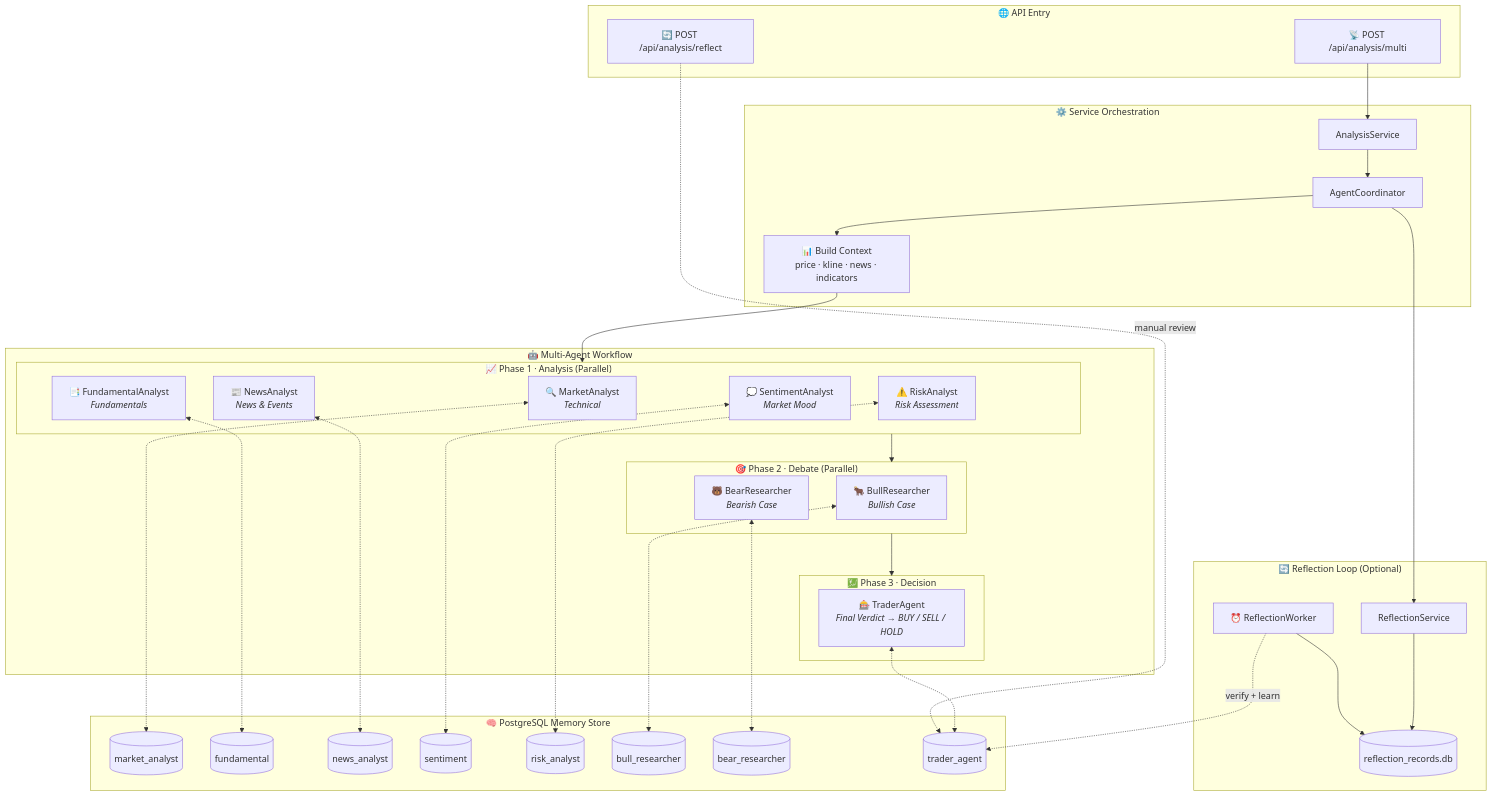
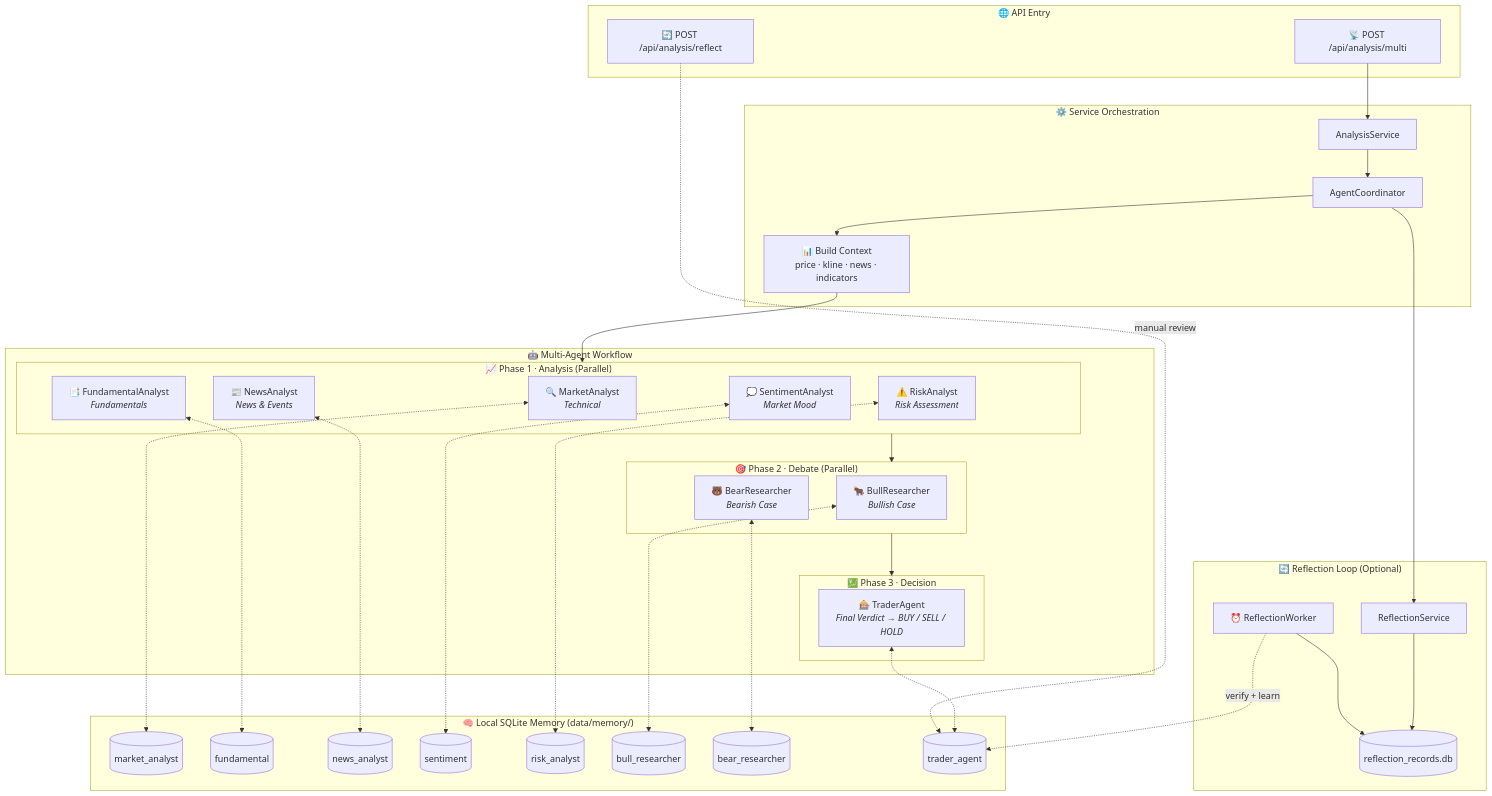
Before and after one commit to JPChen2000/QuantDinger: the diagram in README.md, drawn with Mermaid. The commit also changed other lines of this file and 86 other files, not shown here.

````diff
--- a/README.md
+++ b/README.md
@@ -200,76 +266,76 @@
 ```mermaid
 flowchart TB
     %% ===== 🌐 Entry Layer =====
     subgraph Entry["🌐 API Entry"]
         A["📡 POST /api/analysis/multi"]
         A2["🔄 POST /api/analysis/reflect"]
     end
 
     %% ===== ⚙️ Service Layer =====
     subgraph Service["⚙️ Service Orchestration"]
         B[AnalysisService]
         C[AgentCoordinator]
         D["📊 Build Context<br/>price · kline · news · indicators"]
     end
 
     %% ===== 🤖 Multi-Agent Workflow =====
     subgraph Agents["🤖 Multi-Agent Workflow"]
 
         subgraph P1["📈 Phase 1 · Analysis (Parallel)"]
             E1["🔍 MarketAnalyst<br/><i>Technical</i>"]
             E2["📑 FundamentalAnalyst<br/><i>Fundamentals</i>"]
             E3["📰 NewsAnalyst<br/><i>News & Events</i>"]
             E4["💭 SentimentAnalyst<br/><i>Market Mood</i>"]
             E5["⚠️ RiskAnalyst<br/><i>Risk Assessment</i>"]
         end
 
         subgraph P2["🎯 Phase 2 · Debate (Parallel)"]
             F1["🐂 BullResearcher<br/><i>Bullish Case</i>"]
             F2["🐻 BearResearcher<br/><i>Bearish Case</i>"]
         end
 
         subgraph P3["💹 Phase 3 · Decision"]
             G["🎰 TraderAgent<br/><i>Final Verdict → BUY / SELL / HOLD</i>"]
         end
 
     end
 
     %% ===== 🧠 Memory Layer =====
-    subgraph Memory["🧠 PostgreSQL Memory Store"]
+    subgraph Memory["🧠 Local SQLite Memory (data/memory/)"]
         M1[("market_analyst")]
         M2[("fundamental")]
         M3[("news_analyst")]
         M4[("sentiment")]
         M5[("risk_analyst")]
         M6[("bull_researcher")]
         M7[("bear_researcher")]
         M8[("trader_agent")]
     end
 
     %% ===== 🔄 Reflection Loop =====
     subgraph Reflect["🔄 Reflection Loop (Optional)"]
         R[ReflectionService]
         RR[("reflection_records.db")]
         W["⏰ ReflectionWorker"]
     end
 
     %% ===== Main Flow =====
     A --> B --> C --> D
     D --> P1 --> P2 --> P3
 
     %% ===== Memory Read/Write =====
     E1 <-.-> M1
     E2 <-.-> M2
     E3 <-.-> M3
     E4 <-.-> M4
     E5 <-.-> M5
     F1 <-.-> M6
     F2 <-.-> M7
     G <-.-> M8
 
     %% ===== Reflection Flow =====
     C --> R --> RR
     W --> RR
     W -.->|"verify + learn"| M8
     A2 -.->|"manual review"| M8
 ```
````
